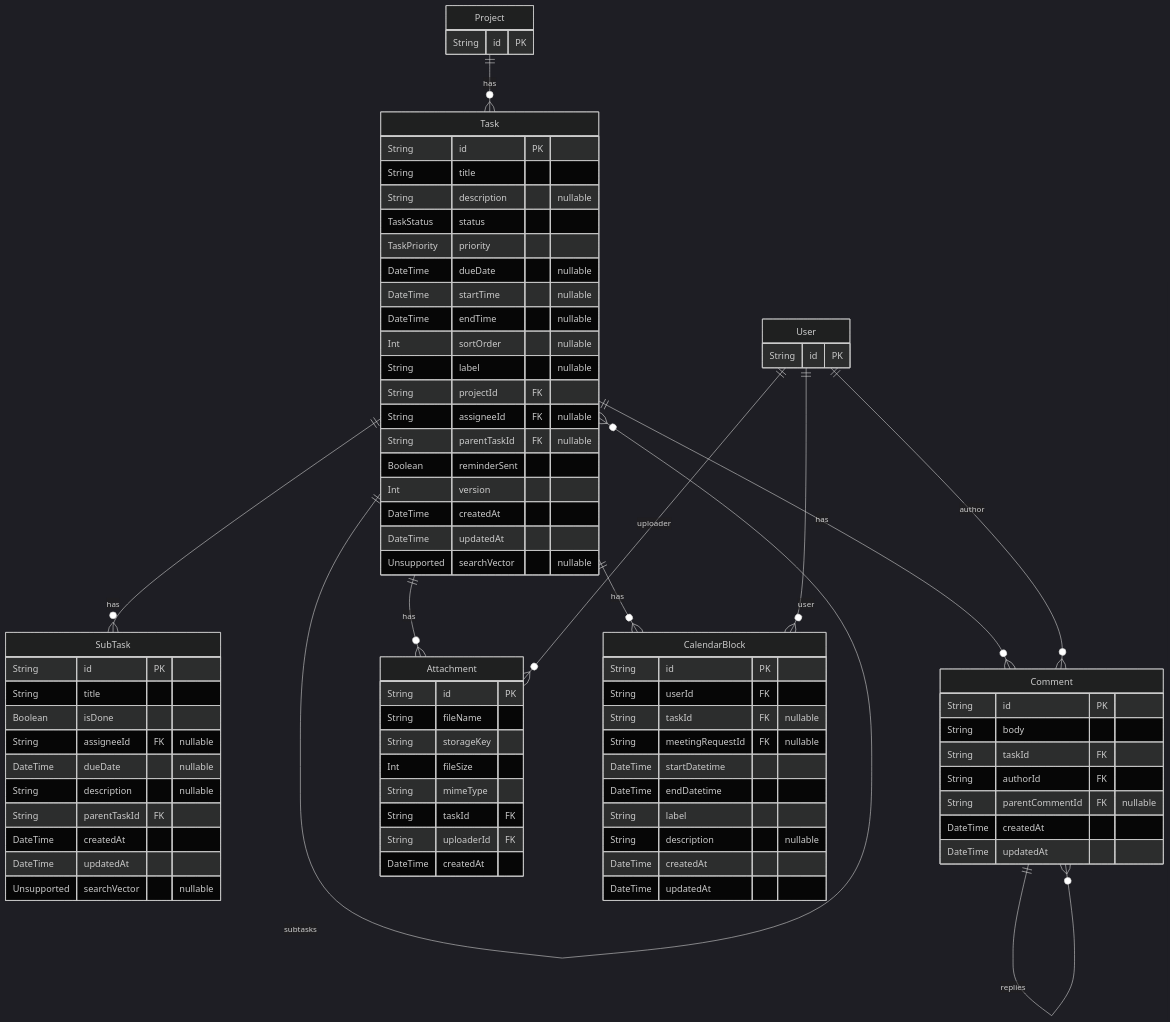
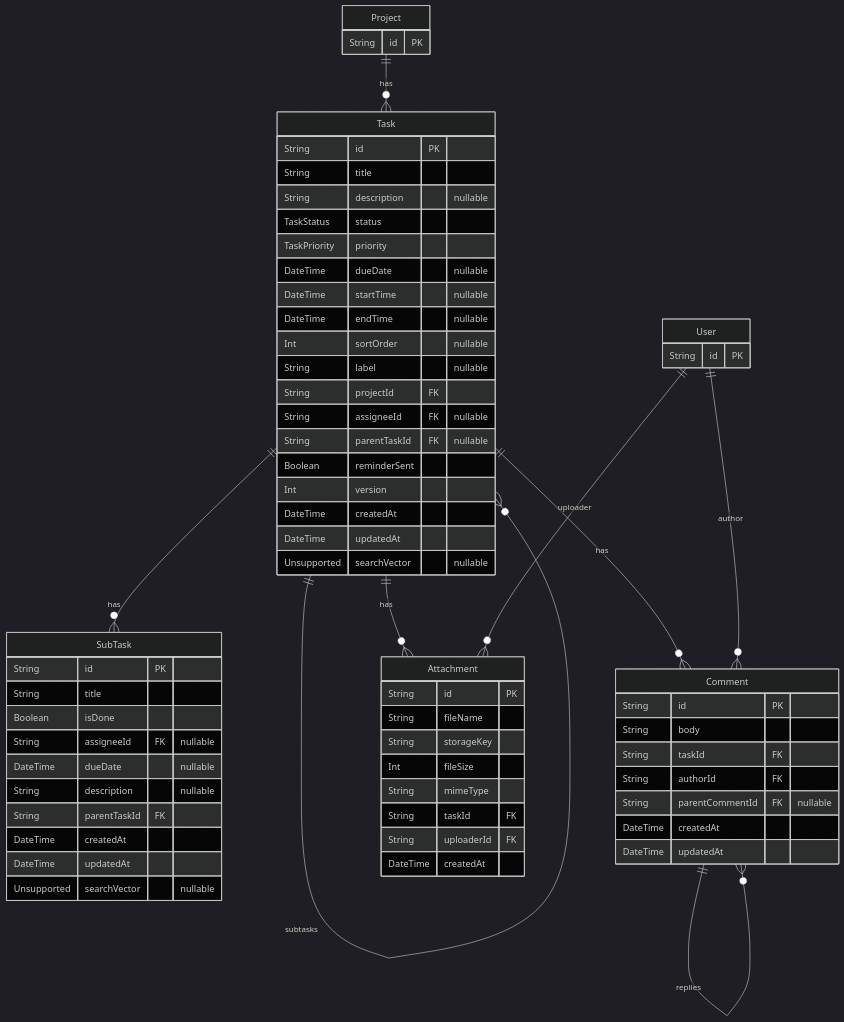
The fourth of 6 diagrams in docs/architecture/er-diagram.md (Nits0303/TaskTracker), drawn with Mermaid before and after one commit. The commit also changed other lines of this file and 19 other files, not shown here.

Commit message:
feat: implement core task tracking features including notification DTOs, workload services, and database schema updates

````diff
--- a/docs/architecture/er-diagram.md
+++ b/docs/architecture/er-diagram.md
@@ -156,8 +155,6 @@
     Comment ||--o{ Comment : replies
     Task ||--o{ Attachment : has
     User ||--o{ Attachment : uploader
-    Task ||--o{ CalendarBlock : has
-    User ||--o{ CalendarBlock : user
     Project {
         String id PK
     }
@@ -215,16 +212,5 @@
         String uploaderId FK
         DateTime createdAt
     }
-    CalendarBlock {
-        String id PK
-        String userId FK
-        String taskId FK "nullable"
-        String meetingRequestId FK "nullable"
-        DateTime startDatetime
-        DateTime endDatetime
-        String label
-        String description "nullable"
-        DateTime createdAt
-        DateTime updatedAt
-    }
+
 ```
````
